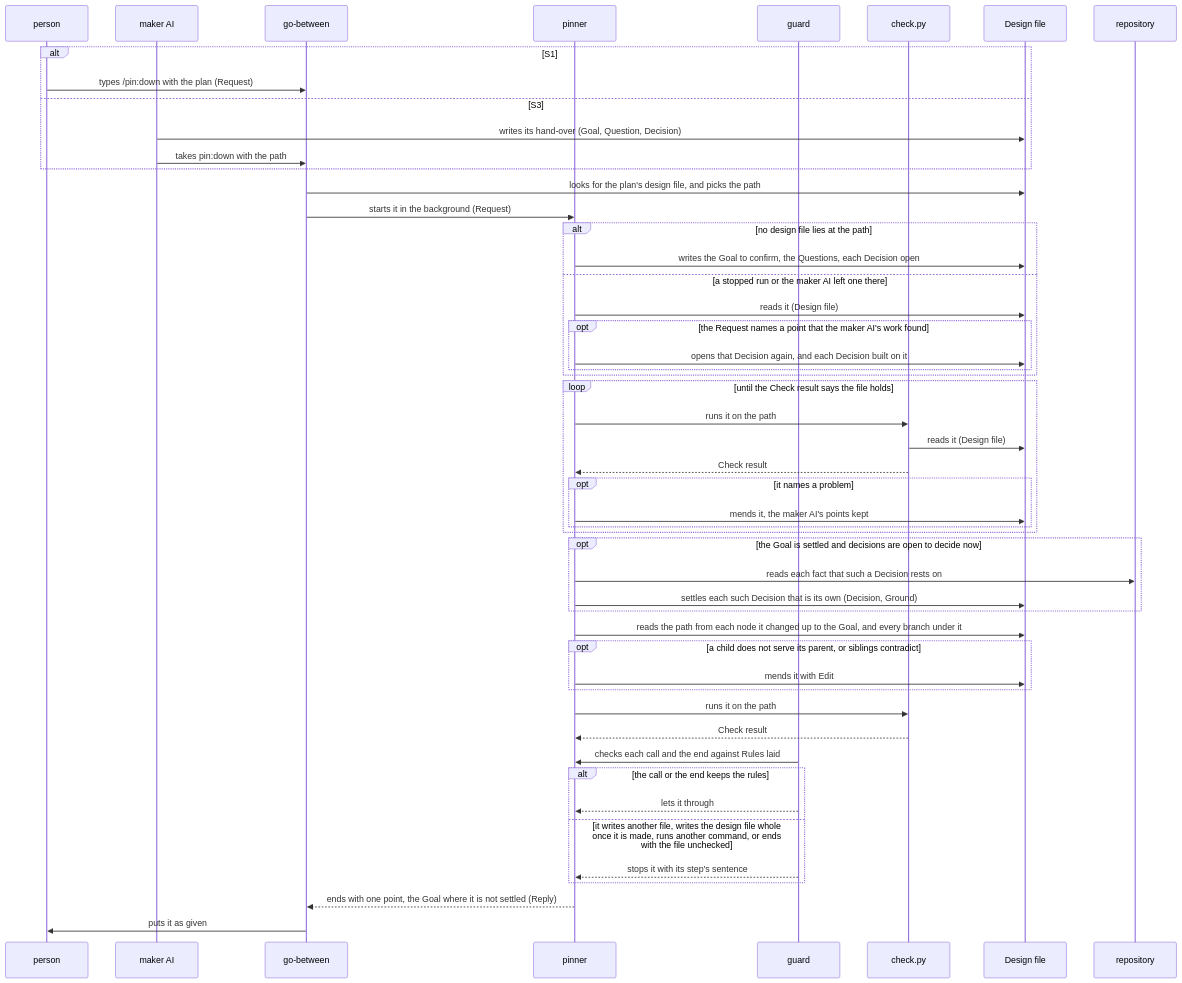
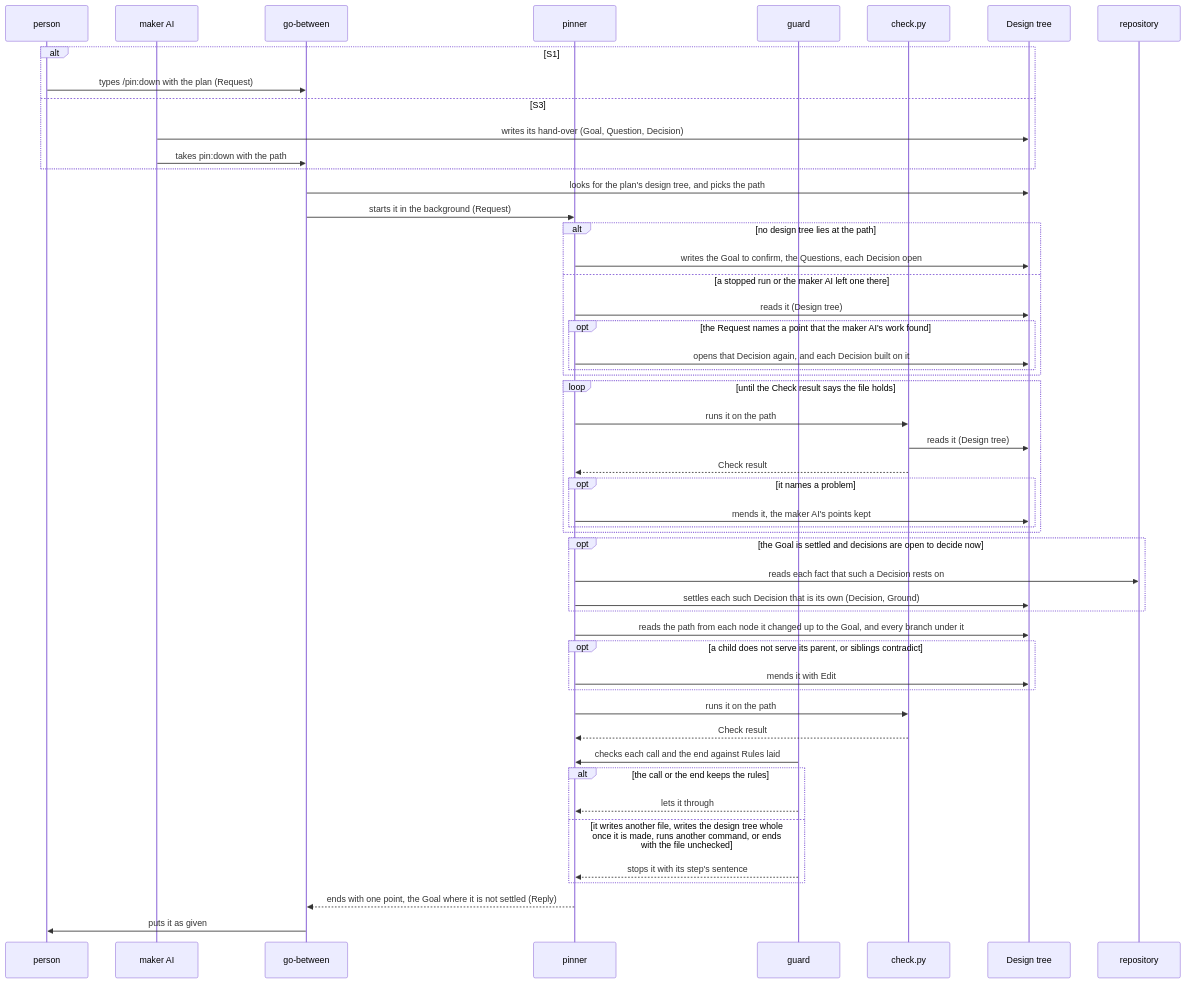
One commit to lovaizu/ccpm changed the first of 2 diagrams in dev/pin/architecture.md. Above: the diagram before and after it, drawn with Mermaid. The commit also changed other lines of this file and 40 other files, not shown here.

````diff
--- a/dev/pin/architecture.md
+++ b/dev/pin/architecture.md
@@ -222,53 +222,53 @@
 ```mermaid
 sequenceDiagram
   participant P as person
   participant M as maker AI
   participant GB as go-between
   participant PN as pinner
   participant GD as guard
   participant CK as check.py
-  participant DF as Design file
+  participant DF as Design tree
   participant RP as repository
   alt S1
     P->>GB: types /pin:down with the plan (Request)
   else S3
     M->>DF: writes its hand-over (Goal, Question, Decision)
     M->>GB: takes pin:down with the path
   end
-  GB->>DF: looks for the plan's design file, and picks the path
+  GB->>DF: looks for the plan's design tree, and picks the path
   GB->>PN: starts it in the background (Request)
-  alt no design file lies at the path
+  alt no design tree lies at the path
     PN->>DF: writes the Goal to confirm, the Questions, each Decision open
   else a stopped run or the maker AI left one there
-    PN->>DF: reads it (Design file)
+    PN->>DF: reads it (Design tree)
     opt the Request names a point that the maker AI's work found
       PN->>DF: opens that Decision again, and each Decision built on it
     end
   end
   loop until the Check result says the file holds
     PN->>CK: runs it on the path
-    CK->>DF: reads it (Design file)
+    CK->>DF: reads it (Design tree)
     CK-->>PN: Check result
     opt it names a problem
       PN->>DF: mends it, the maker AI's points kept
     end
   end
   opt the Goal is settled and decisions are open to decide now
     PN->>RP: reads each fact that such a Decision rests on
     PN->>DF: settles each such Decision that is its own (Decision, Ground)
   end
   PN->>DF: reads the path from each node it changed up to the Goal, and every branch under it
   opt a child does not serve its parent, or siblings contradict
     PN->>DF: mends it with Edit
   end
   PN->>CK: runs it on the path
   CK-->>PN: Check result
   GD->>PN: checks each call and the end against Rules laid
   alt the call or the end keeps the rules
     GD-->>PN: lets it through
-  else it writes another file, writes the design file whole once it is made, runs another command, or ends with the file unchecked
+  else it writes another file, writes the design tree whole once it is made, runs another command, or ends with the file unchecked
     GD-->>PN: stops it with its step's sentence
   end
   PN-->>GB: ends with one point, the Goal where it is not settled (Reply)
   GB->>P: puts it as given
 ```
````
